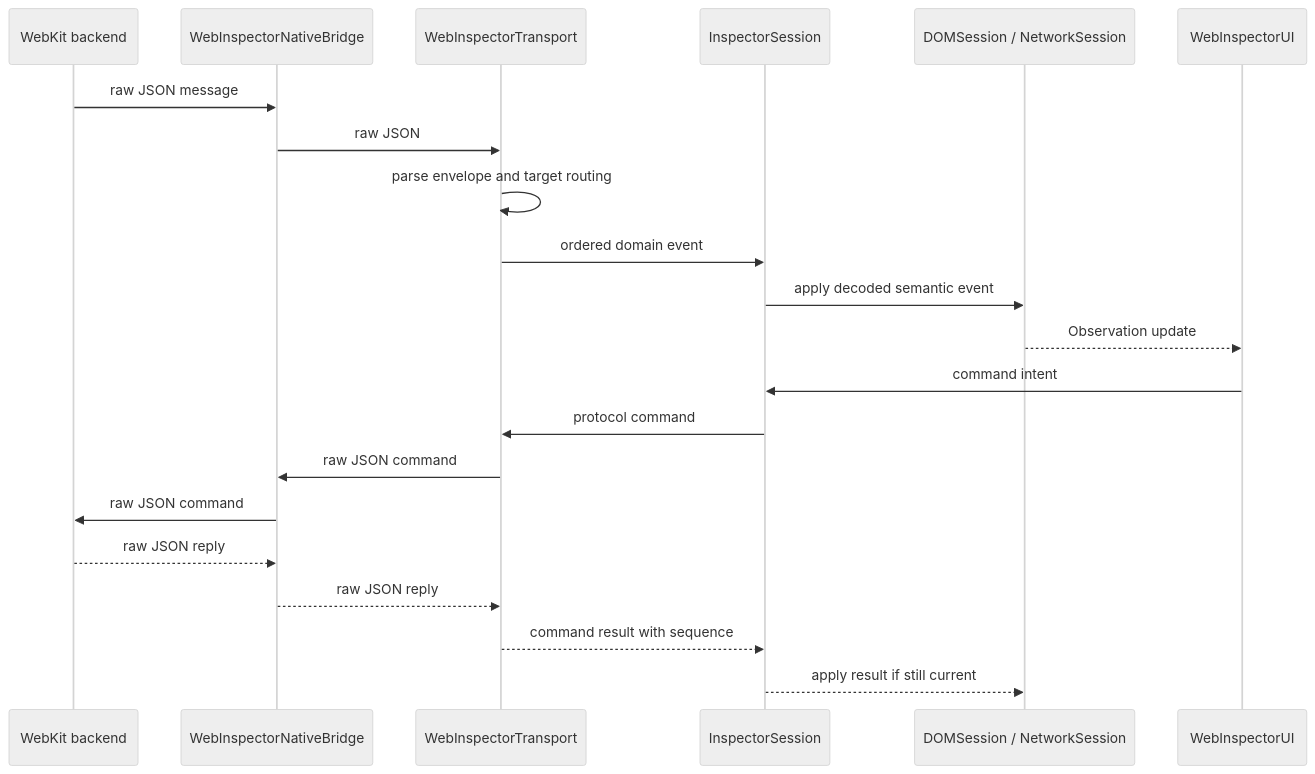
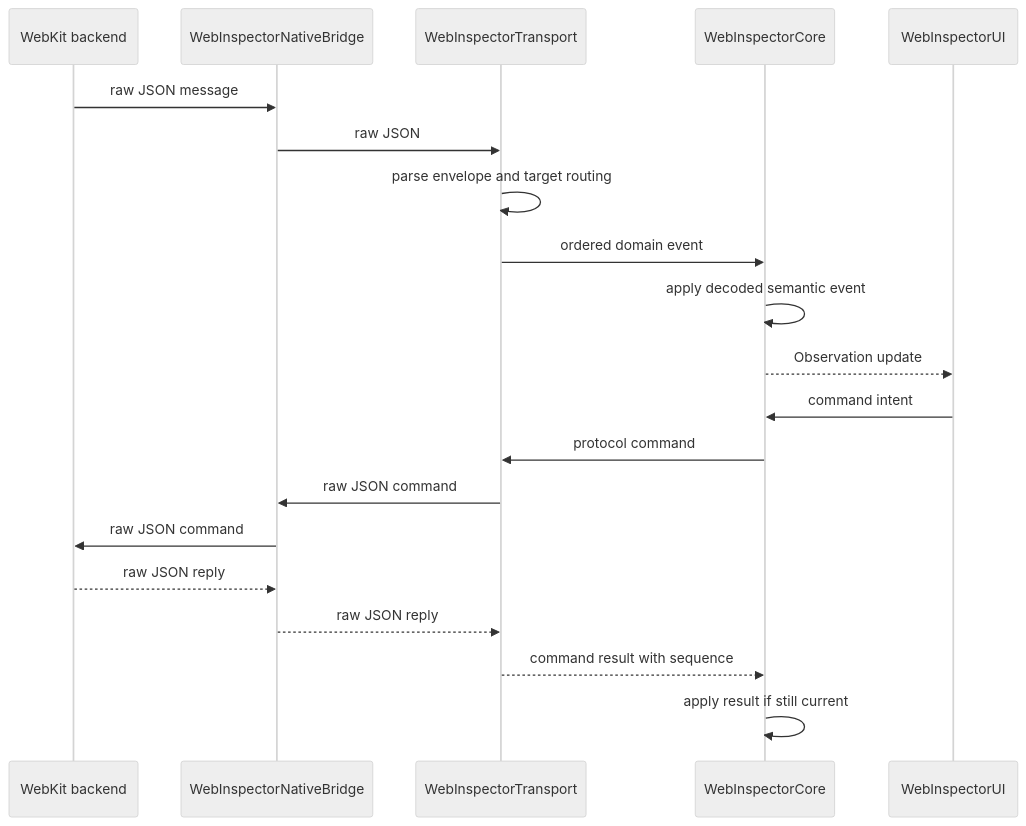
The second of 3 diagrams in Docs/ArchitectureOverview.md (lynnswap/WebInspectorKit), drawn with Mermaid (neutral theme) before and after one commit. The commit also changed other lines of this file and 81 other files, not shown here.

Commit message:
refactor(core): reorganize inspector protocol dispatching

````diff
--- a/Docs/ArchitectureOverview.md
+++ b/Docs/ArchitectureOverview.md
@@ -66,25 +63,24 @@
 ```mermaid
 sequenceDiagram
     participant WK as WebKit backend
     participant Bridge as WebInspectorNativeBridge
     participant Transport as WebInspectorTransport
-    participant Runtime as InspectorSession
-    participant Core as DOMSession / NetworkSession
+    participant Core as WebInspectorCore
     participant UI as WebInspectorUI
 
     WK->>Bridge: raw JSON message
     Bridge->>Transport: raw JSON
     Transport->>Transport: parse envelope and target routing
-    Transport->>Runtime: ordered domain event
-    Runtime->>Core: apply decoded semantic event
+    Transport->>Core: ordered domain event
+    Core->>Core: apply decoded semantic event
     Core-->>UI: Observation update
 
-    UI->>Runtime: command intent
-    Runtime->>Transport: protocol command
+    UI->>Core: command intent
+    Core->>Transport: protocol command
     Transport->>Bridge: raw JSON command
     Bridge->>WK: raw JSON command
     WK-->>Bridge: raw JSON reply
     Bridge-->>Transport: raw JSON reply
-    Transport-->>Runtime: command result with sequence
-    Runtime-->>Core: apply result if still current
+    Transport-->>Core: command result with sequence
+    Core->>Core: apply result if still current
 ```
````
